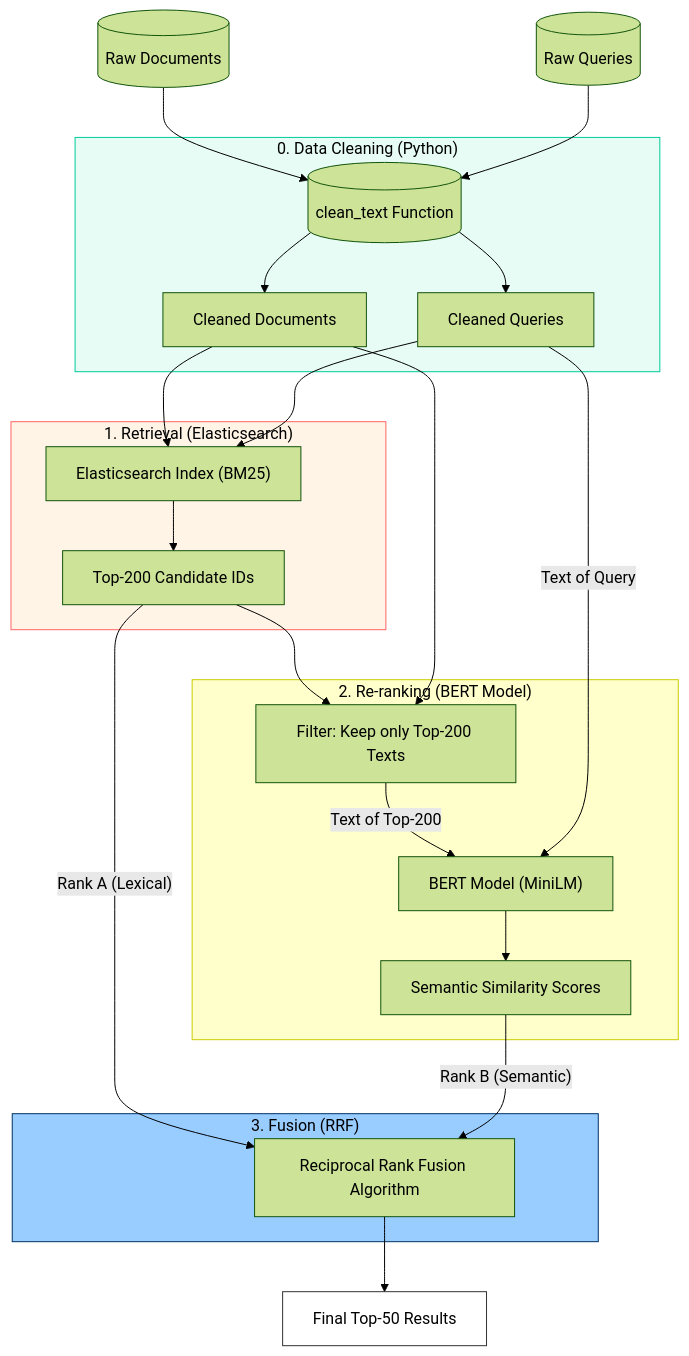
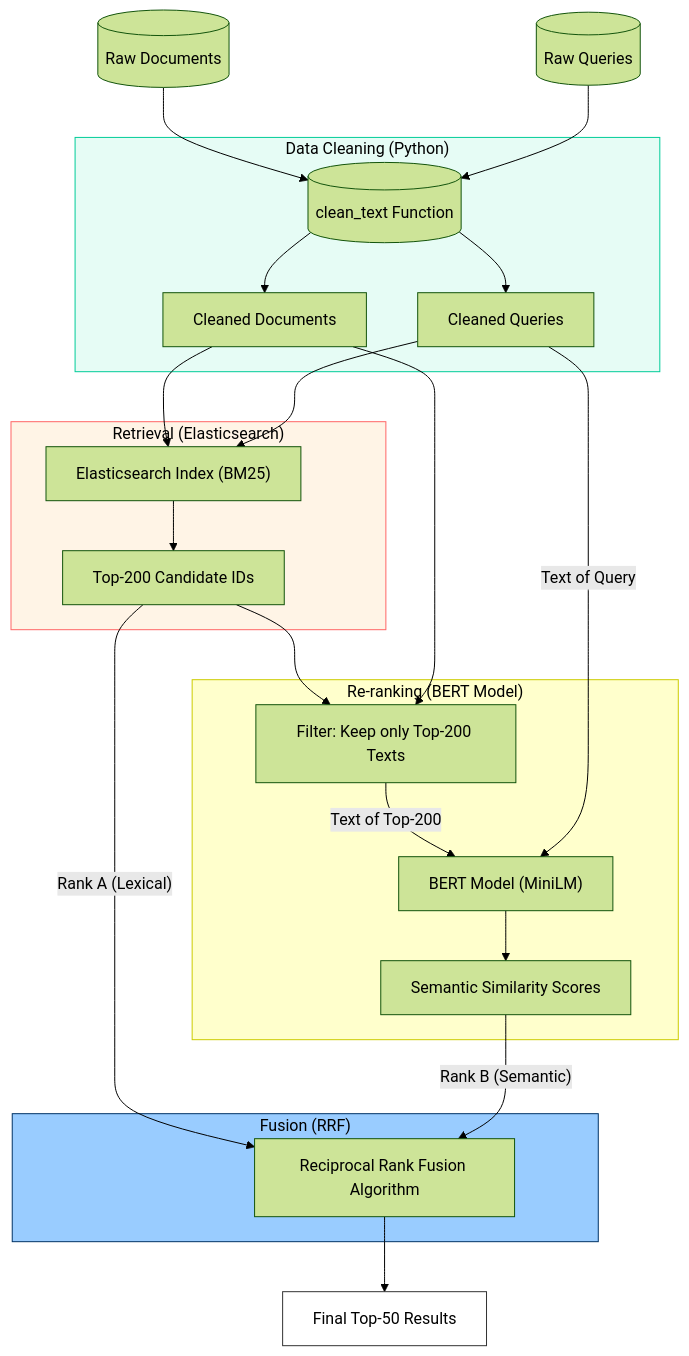
Before and after one commit to Anthippi/Information-Retrieval-Systems: the third of 3 diagrams in README.en.md, drawn with Mermaid (forest theme). The commit also changed other lines of this file, not shown here.

Commit message:
Update subgraph labels for clarity in README

````diff
--- a/README.en.md
+++ b/README.en.md
@@ -96,70 +96,70 @@
 ```mermaid
 graph TD
     %% --- INPUT ---
     RawDocs[("Raw Documents")]
     RawQueries[("Raw Queries")]
 
     %% --- STEP 0: SHARED CLEANING ---
-    subgraph Preprocessing ["0. Data Cleaning (Python)"]
+    subgraph Preprocessing ["Data Cleaning (Python)"]
         CleanFunc[("clean_text Function")]
         CleanDocs["Cleaned Documents"]
         CleanQueries["Cleaned Queries"]
         
         CleanFunc --> CleanDocs
         CleanFunc --> CleanQueries
     end
 
     %% --- STEP 1: ELASTICSEARCH ---
-    subgraph Stage1 ["1. Retrieval (Elasticsearch)"]
+    subgraph Stage1 ["Retrieval (Elasticsearch)"]
         Elastic["Elasticsearch Index (BM25)"]
         Candidates["Top-200 Candidate IDs"]
     end
 
     %% --- STEP 2: BERT RE-RANKING ---
-    subgraph Stage2 ["2. Re-ranking (BERT Model)"]
+    subgraph Stage2 ["Re-ranking (BERT Model)"]
         Filter["Filter: Keep only Top-200 Texts"]
         BERT["BERT Model (MiniLM)"]
         SemScores["Semantic Similarity Scores"]
     end
 
     %% --- STEP 3: FUSION ---
-    subgraph Stage3 ["3. Fusion (RRF)"]
+    subgraph Stage3 ["Fusion (RRF)"]
         RRF["Reciprocal Rank Fusion Algorithm"]
     end
 
     %% --- OUTPUT ---
     Final["Final Top-50 Results"]
 
     %% --- FLOW CONNECTIONS ---
     
     %% Cleaning Flow
     RawDocs --> CleanFunc
     RawQueries --> CleanFunc
 
     %% Stage 1 Flow (Uses Clean Data)
     CleanDocs --> Elastic
     CleanQueries --> Elastic
     Elastic --> Candidates
 
     %% Stage 2 Flow (Uses Clean Data + Candidates)
     Candidates --> Filter
     CleanDocs --> Filter
     
     Filter -- "Text of Top-200" --> BERT
     CleanQueries -- "Text of Query" --> BERT
     
     BERT --> SemScores
 
     %% Stage 3 Flow (Fusion)
     Candidates -- "Rank A (Lexical)" --> RRF
     SemScores -- "Rank B (Semantic)" --> RRF
     
     RRF --> Final
 
     %% --- STYLING (Pastel + Black Text) ---
     style Preprocessing fill:#e6fcf5,stroke:#0c9,color:#000
     style Stage1 fill:#fff4e6,stroke:#f66,color:#000
     style Stage2 fill:#ffffcc,stroke:#cccc00,color:#000
     style Stage3 fill:#99ccff,stroke:#003366,color:#000
     style Final fill:#fff,stroke:#333,color:#000
 ```
````
